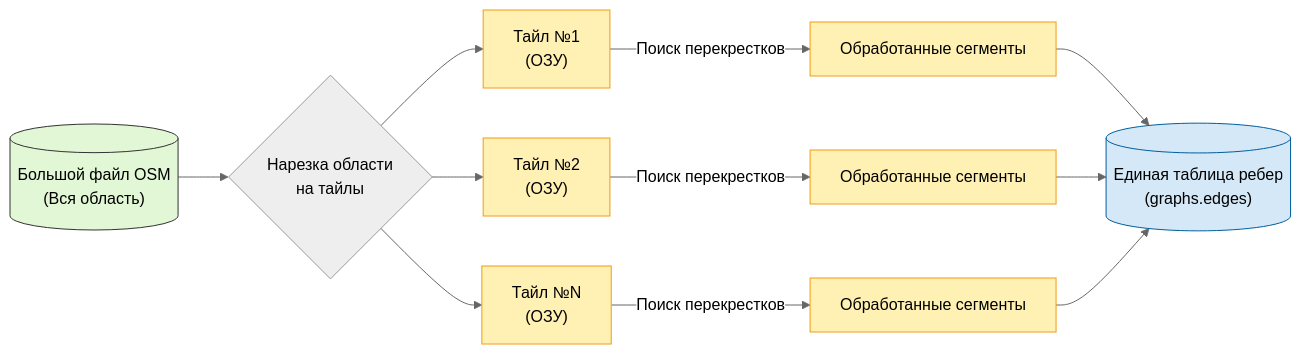
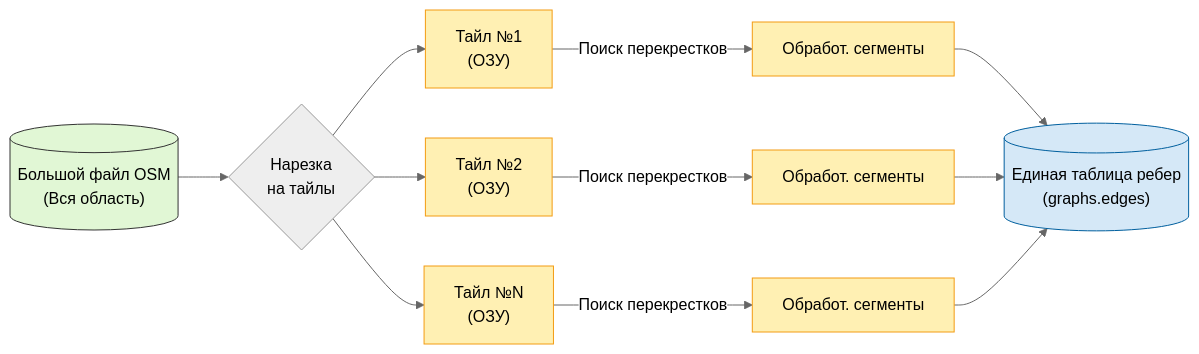
Before and after one commit to L1CH7/magistracy-diplom-iu12-docs: the diagram in assets/diagrams/03-grid-partition.mmd, drawn with Mermaid (neutral theme). The commit also changed 15 other files, not shown here.

```diff
--- a/assets/diagrams/03-grid-partition.mmd
+++ b/assets/diagrams/03-grid-partition.mmd
@@ -1,23 +1,23 @@
 flowchart LR
     %% --- Стили ---
     classDef raw fill:#e1f7d5,stroke:#333;
     classDef proc fill:#fff0b3,stroke:#f39c12;
     classDef db fill:#d5e8f7,stroke:#005f9e;
 
     %% 1. Вход
-    BigData[("Большой файл OSM<br/>(Вся область)")]:::raw --> Splitter{Нарезка области<br/>на тайлы}
+    BigData[("Большой файл OSM<br/>(Вся область)")]:::raw --> Splitter{Нарезка<br/>на тайлы}
     
     %% 2. Параллельная нарезка
     Splitter --> Chunk1["Тайл №1<br/>(ОЗУ)"]:::proc
     Splitter --> Chunk2["Тайл №2<br/>(ОЗУ)"]:::proc
     Splitter --> ChunkN["Тайл №N<br/>(ОЗУ)"]:::proc
     
     %% 3. Логика (Grid Noding)
-    Chunk1 -->|Поиск перекрестков| Node1["Обработанные сегменты"]:::proc
-    Chunk2 -->|Поиск перекрестков| Node2["Обработанные сегменты"]:::proc
-    ChunkN -->|Поиск перекрестков| NodeN["Обработанные сегменты"]:::proc
+    Chunk1 -->|Поиск перекрестков| Node1["Обработ. сегменты"]:::proc
+    Chunk2 -->|Поиск перекрестков| Node2["Обработ. сегменты"]:::proc
+    ChunkN -->|Поиск перекрестков| NodeN["Обработ. сегменты"]:::proc
     
     %% 4. Сборка
     Node1 --> Merge[("Единая таблица ребер<br/>(graphs.edges)")]:::db
     Node2 --> Merge
     NodeN --> Merge
```
